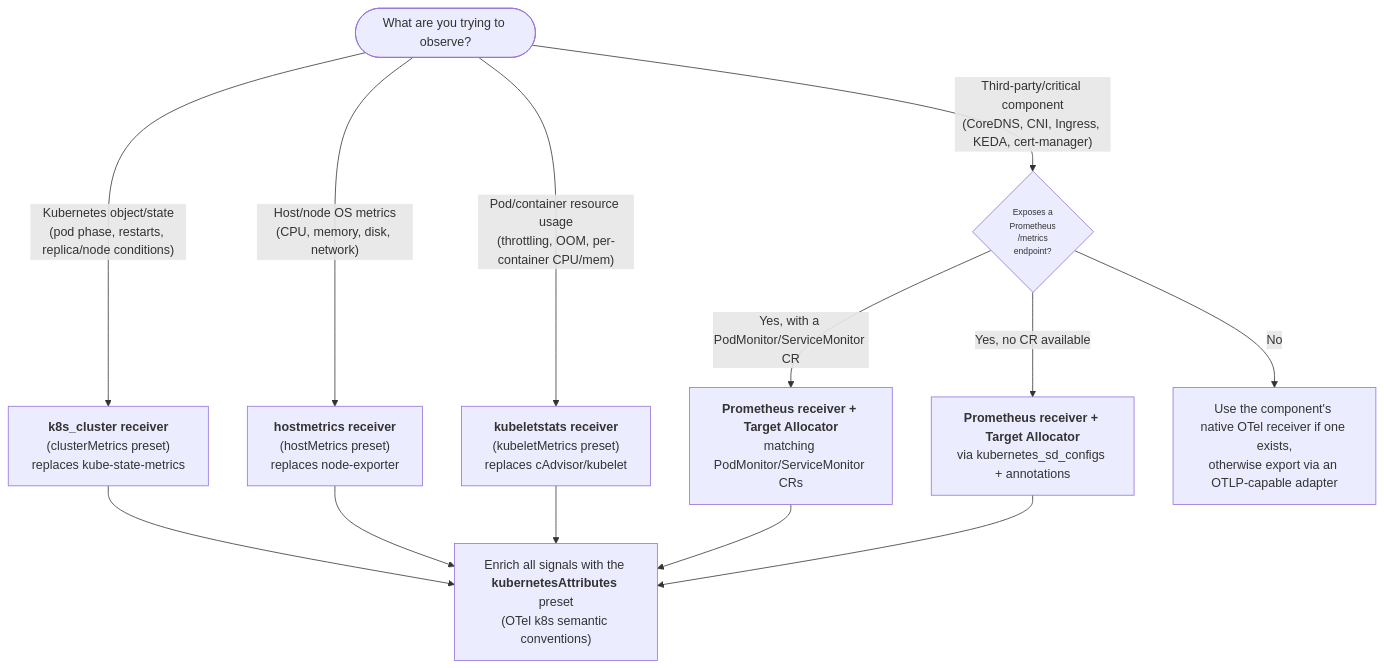
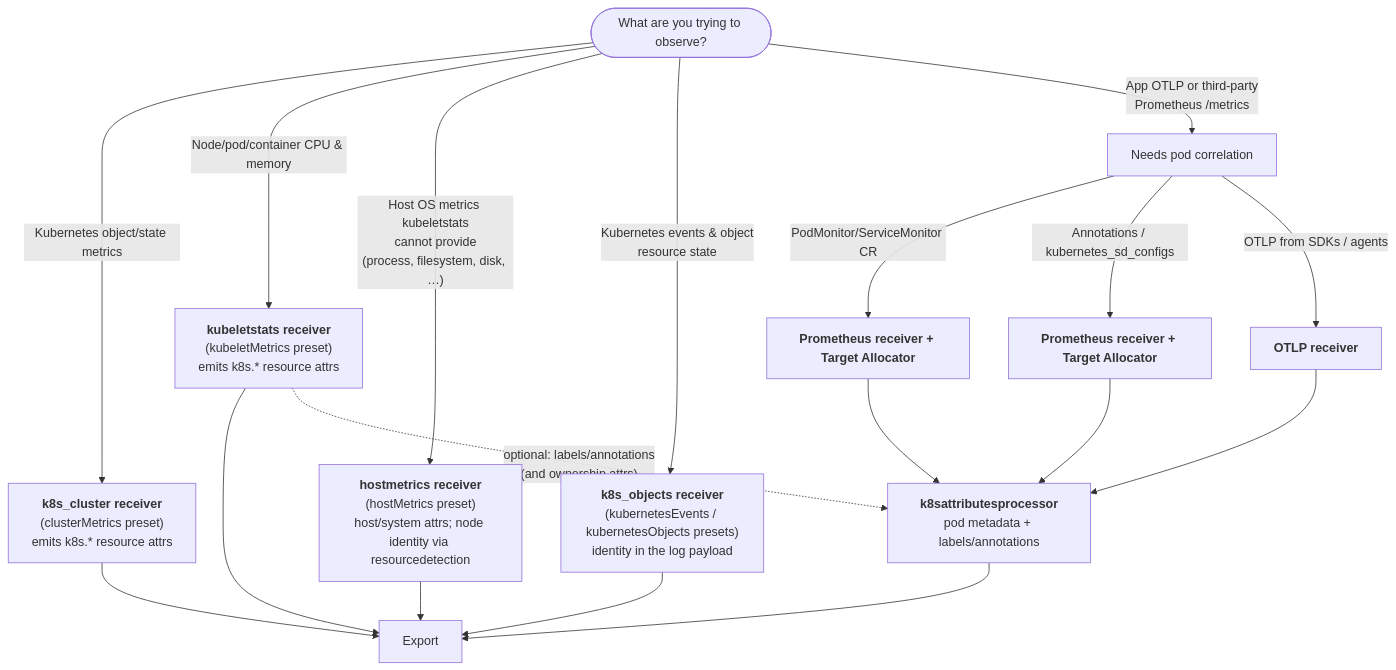
The diagram in content/en/docs/guidance/blueprints/k8s-observability-blueprint.md (open-telemetry/opentelemetry.io), drawn with Mermaid before and after one commit. The commit also changed other lines of this file, not shown here.

Commit message:
review: suggest kube-stack chart instead of base charts, disambiguate hostmetrics vs kubeletstats, improve diagram, add k8s objects/events, overall wording improvement

````diff
--- a/content/en/docs/guidance/blueprints/k8s-observability-blueprint.md
+++ b/content/en/docs/guidance/blueprints/k8s-observability-blueprint.md
@@ -27,18 +116,23 @@
 ```mermaid
 flowchart TD
-  Start(["`What are you trying to observe?`"]) -->|"`Kubernetes object/state<br/>(pod phase, restarts, replica/node conditions)`"| Cluster["`**k8s_cluster receiver**<br/>(clusterMetrics preset)<br/>replaces kube-state-metrics`"]
-  Start -->|"`Host/node OS metrics<br/>(CPU, memory, disk, network)`"| Host["`**hostmetrics receiver**<br/>(hostMetrics preset)<br/>replaces node-exporter`"]
-  Start -->|"`Pod/container resource usage<br/>(throttling, OOM, per-container CPU/mem)`"| Kubelet["`**kubeletstats receiver**<br/>(kubeletMetrics preset)<br/>replaces cAdvisor/kubelet`"]
-  Start -->|"`Third-party/critical component<br/>(CoreDNS, CNI, Ingress, KEDA, cert-manager)`"| Q3{"`Exposes a<br/>Prometheus<br/>/metrics<br/>endpoint?`"}
-  style Q3 font-size:11px
+  Start(["`What are you trying to observe?`"]) -->|"`Kubernetes object/state metrics<br/>`"| Cluster["`**k8s_cluster receiver**<br/>(clusterMetrics preset)<br/>emits k8s.* resource attrs`"]
+  Start -->|"`Node/pod/container CPU & memory<br/>`"| Kubelet["`**kubeletstats receiver**<br/>(kubeletMetrics preset)<br/>emits k8s.* resource attrs`"]
+  Start -->|"`Host OS metrics kubeletstats<br/>cannot provide<br/>(process, filesystem, disk, …)`"| Host["`**hostmetrics receiver**<br/>(hostMetrics preset)<br/>host/system attrs; node identity via resourcedetection`"]
+  Start -->|"`Kubernetes events & object<br/>resource state`"| Objects["`**k8s_objects receiver**<br/>(kubernetesEvents / kubernetesObjects presets)<br/>identity in the log payload`"]
+  Start -->|"`App OTLP or third-party<br/>Prometheus /metrics`"| Scraped["`Needs pod correlation`"]
 
-  Q3 -->|"`Yes, with a PodMonitor/ServiceMonitor CR`"| TAcr["`**Prometheus receiver + Target Allocator**<br/>matching PodMonitor/ServiceMonitor CRs`"]
-  Q3 -->|"`Yes, no CR available`"| TAann["`**Prometheus receiver + Target Allocator**<br/>via kubernetes_sd_configs + annotations`"]
-  Q3 -->|No| Native["`Use the component's native OTel receiver if one exists,<br/>otherwise export via an OTLP-capable adapter`"]
+  Scraped -->|"`PodMonitor/ServiceMonitor CR`"| TAcr["`**Prometheus receiver + Target Allocator**`"]
+  Scraped -->|"`Annotations / kubernetes_sd_configs`"| TAann["`**Prometheus receiver + Target Allocator**`"]
+  Scraped -->|"`OTLP from SDKs / agents`"| OTLP["`**OTLP receiver**`"]
 
-  Cluster --> Enrich["`Enrich all signals with the **kubernetesAttributes** preset<br/>(OTel k8s semantic conventions)`"]
-  Host --> Enrich
-  Kubelet --> Enrich
-  TAcr --> Enrich
-  TAann --> Enrich
+  Cluster --> Export
+  Kubelet --> Export
+  Host --> Export
+  Objects --> Export
+
+  TAcr --> K8sAttr["`**k8sattributesprocessor**<br/>pod metadata + labels/annotations`"]
+  TAann --> K8sAttr
+  OTLP --> K8sAttr
+  Kubelet -.->|"`optional: labels/annotations<br/>(and ownership attrs)`"| K8sAttr
+  K8sAttr --> Export
 ```
````
